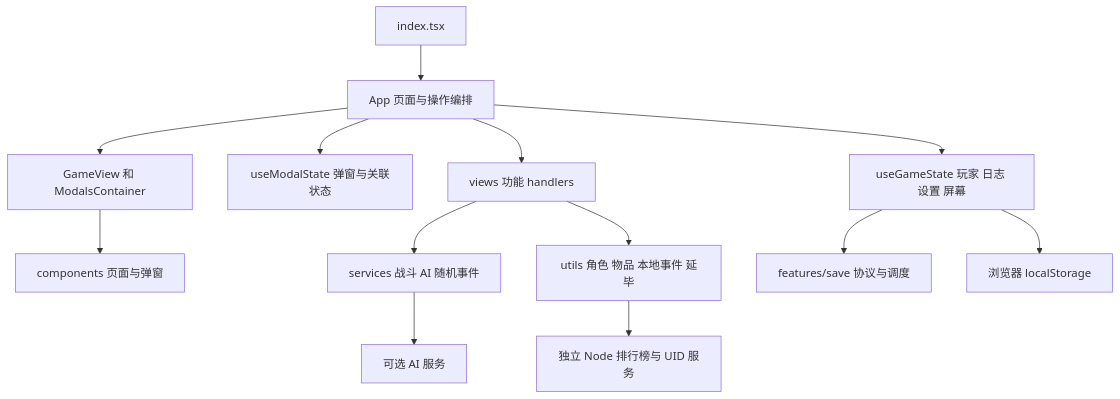
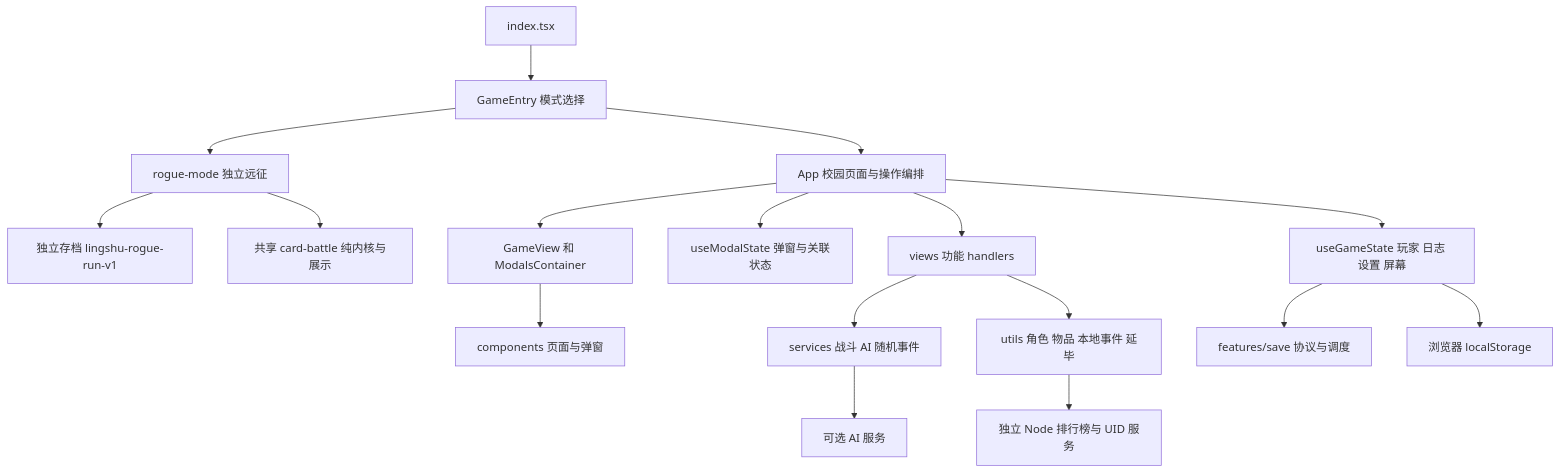
The diagram in doc/MODULE_BOUNDARIES.md (2822708/lingshu-campus), drawn with Mermaid before and after one commit. The commit also changed other lines of this file and 143 other files, not shown here.

````diff
--- a/doc/MODULE_BOUNDARIES.md
+++ b/doc/MODULE_BOUNDARIES.md
@@ -7,15 +7,19 @@
 ```mermaid
 flowchart TD
-  Entry[index.tsx] --> App[App 页面与操作编排]
+  Entry[index.tsx] --> Choose[GameEntry 模式选择]
+  Choose --> App[App 校园页面与操作编排]
+  Choose --> Rogue[rogue-mode 独立远征]
+  Rogue --> RogueSave[独立存档 lingshu-rogue-run-v1]
+  Rogue --> Cards[共享 card-battle 纯内核与展示]
   App --> State[useGameState 玩家 日志 设置 屏幕]
   App --> Modal[useModalState 弹窗与关联状态]
   App --> Handlers[views 功能 handlers]
   App --> UI[GameView 和 ModalsContainer]
   UI --> Components[components 页面与弹窗]
   Handlers --> Services[services 战斗 AI 随机事件]
   Handlers --> Utils[utils 角色 物品 本地事件 延毕]
   State --> Save[features/save 协议与调度]
   State --> Storage[浏览器 localStorage]
   Services --> AI[可选 AI 服务]
   Utils --> Server[独立 Node 排行榜与 UID 服务]
 ```
````
